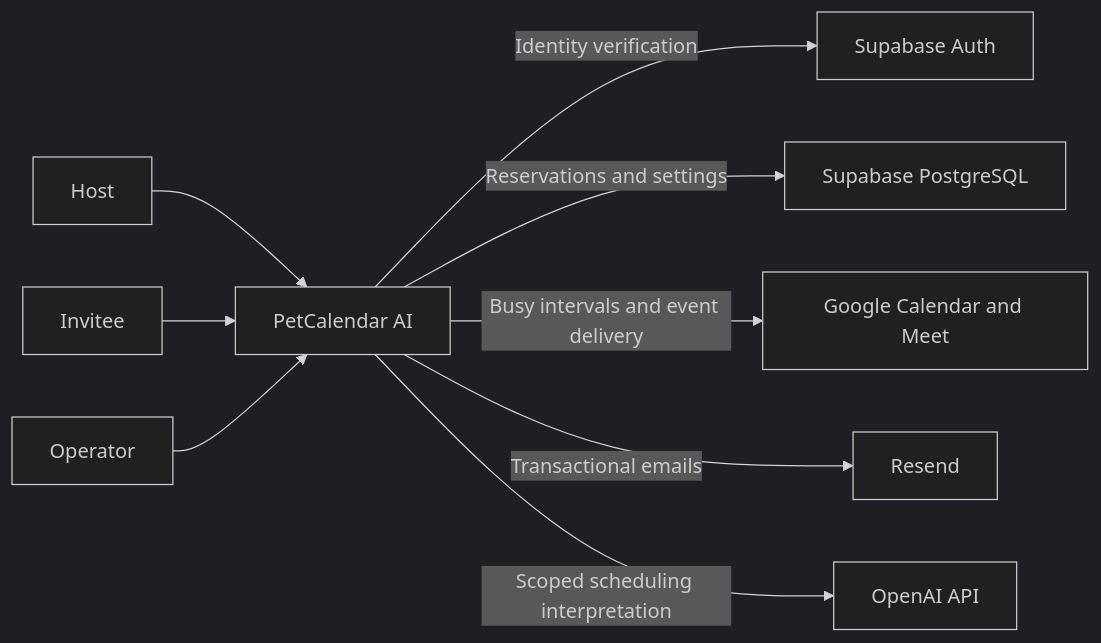
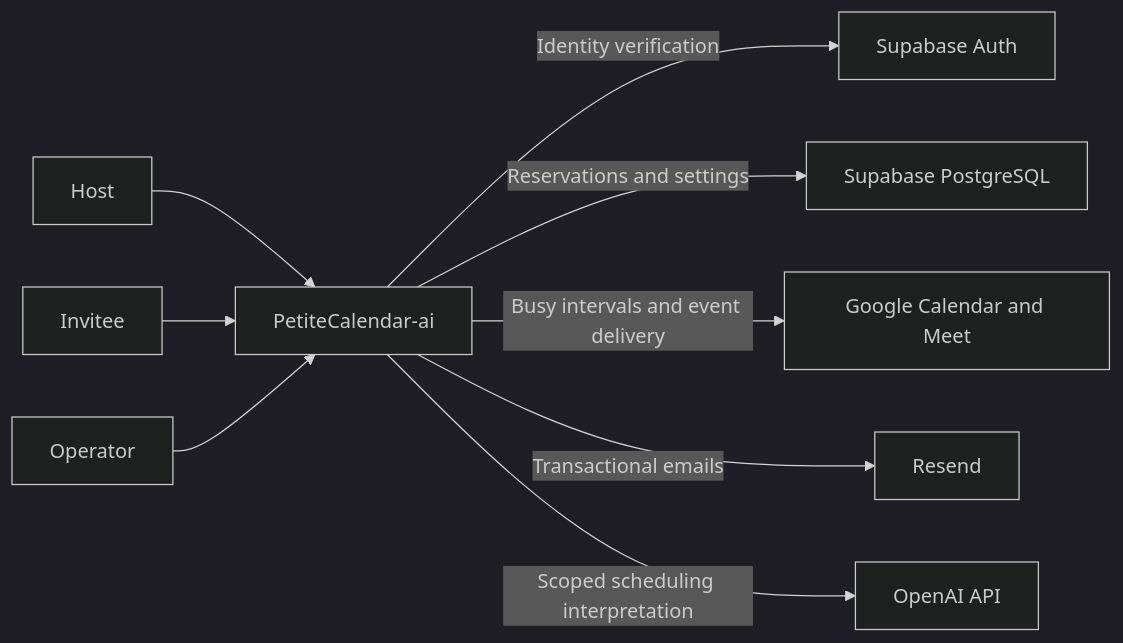
One commit to narcraj-projects/petitecalendar-ai- changed the first of 3 diagrams in docs/HIGH_LEVEL_DESIGN.md. Above: the diagram before and after it, drawn with Mermaid (dark theme). The commit also changed other lines of this file and 22 other files, not shown here.

Commit message:
Rename application display title to PetiteCalendar-ai

````diff
--- a/docs/HIGH_LEVEL_DESIGN.md
+++ b/docs/HIGH_LEVEL_DESIGN.md
@@ -7,11 +7,11 @@
 ```mermaid
 flowchart LR
-    Host[Host] --> App[PetCalendar AI]
+    Host[Host] --> App[PetiteCalendar-ai]
     Invitee[Invitee] --> App
     Operator[Operator] --> App
     App -->|Identity verification| Auth[Supabase Auth]
     App -->|Reservations and settings| DB[Supabase PostgreSQL]
     App -->|Busy intervals and event delivery| Google[Google Calendar and Meet]
     App -->|Transactional emails| Resend[Resend]
     App -->|Scoped scheduling interpretation| AI[OpenAI API]
 ```
````
